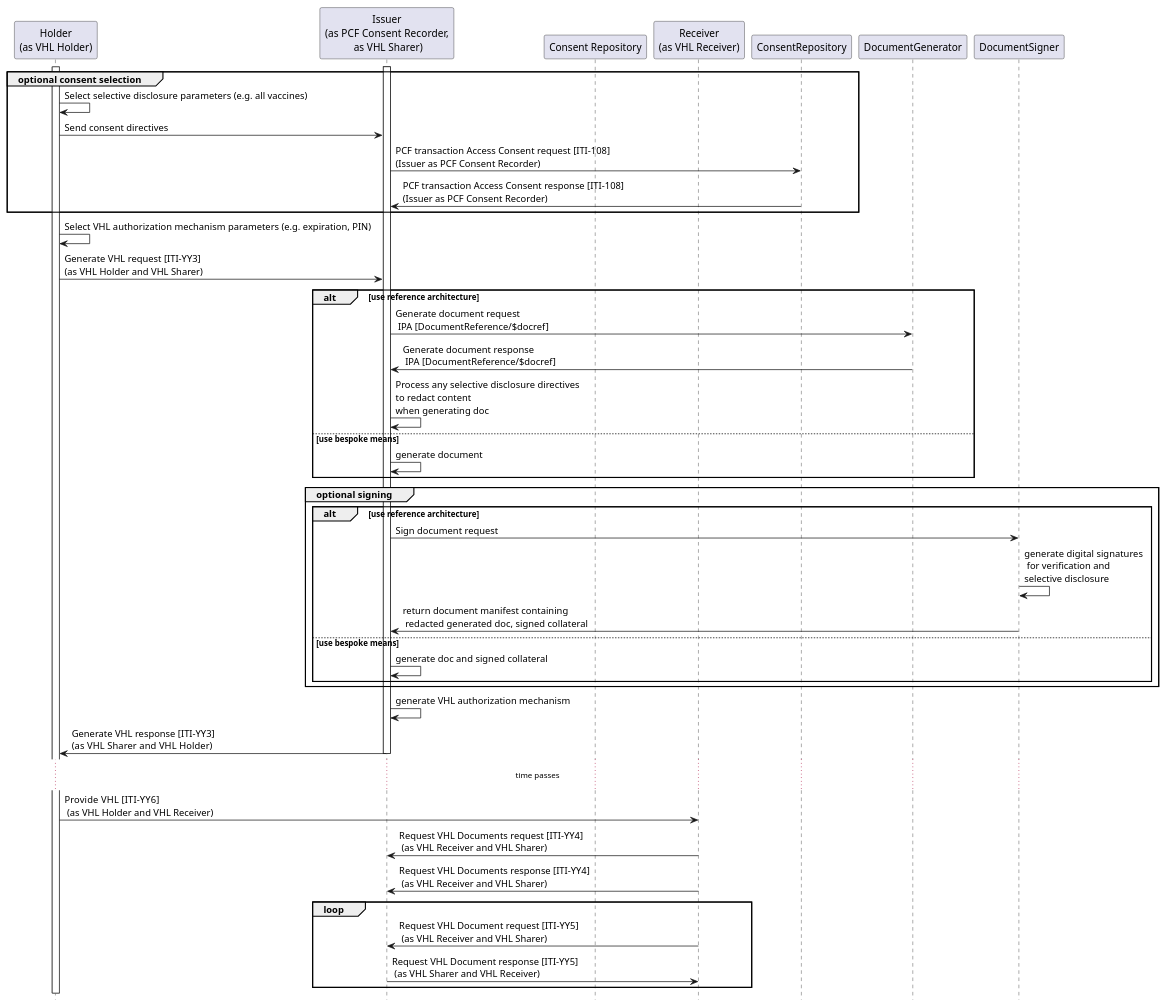
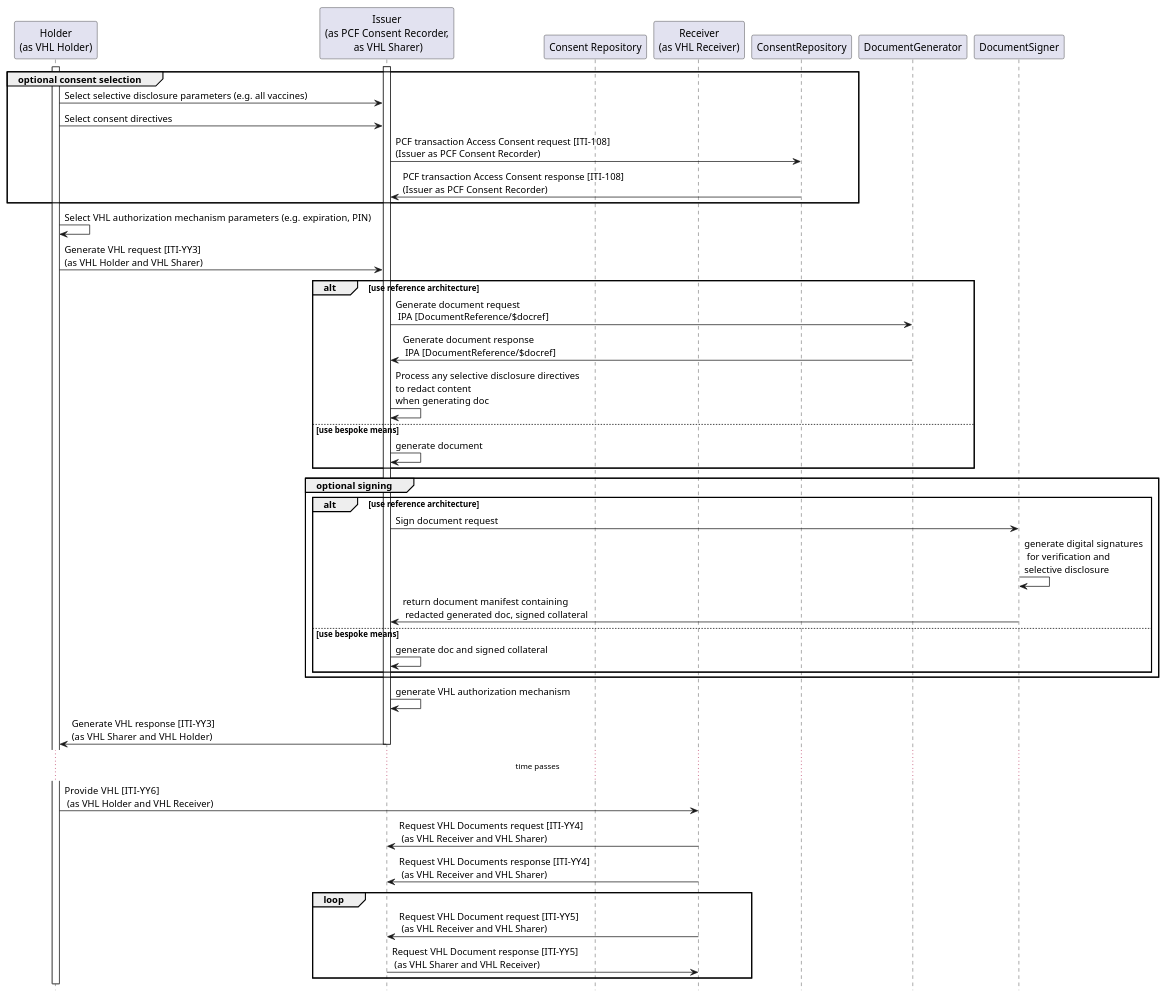
The diagram in input/images-source/generate-use-vhl-with-consent-and-selective-disclosure.plantuml (litlfred/smart-trust-phw), drawn with PlantUML before and after one commit. The commit also changed 11 other files, not shown here.

```diff
--- a/input/images-source/generate-use-vhl-with-consent-and-selective-disclosure.plantuml
+++ b/input/images-source/generate-use-vhl-with-consent-and-selective-disclosure.plantuml
@@ -1,55 +1,55 @@
 @startuml
 skinparam svgDimensionStyle false
 hide footbox
 participant "Holder\n(as VHL Holder)" as Holder
 participant "Issuer\n(as PCF Consent Recorder,\n as VHL Sharer)" as Issuer
 participant "Consent Repository" as PCFConsentRepository
 participant "Receiver\n(as VHL Receiver)" as Receiver
 
 activate Holder
 activate Issuer
 
 
 group optional consent selection
-  Holder -> Holder : Select selective disclosure parameters (e.g. all vaccines)
-  Holder -> Issuer : Send consent directives			
+  Holder -> Issuer : Select selective disclosure parameters (e.g. all vaccines)
+  Holder -> Issuer : Select consent directives			
   Issuer -> ConsentRepository: PCF transaction Access Consent request [ITI-108]\n(Issuer as PCF Consent Recorder)
   ConsentRepository -> Issuer: PCF transaction Access Consent response [ITI-108]\n(Issuer as PCF Consent Recorder)			
 end group
 
 Holder -> Holder : Select VHL authorization mechanism parameters (e.g. expiration, PIN)
 Holder -> Issuer : Generate VHL request [ITI-YY3] \n(as VHL Holder and VHL Sharer)				
 alt use reference architecture
   Issuer -> DocumentGenerator: Generate document request\n IPA [DocumentReference/$docref]
   DocumentGenerator -> Issuer: Generate document response\n IPA [DocumentReference/$docref]
 Issuer -> Issuer: Process any selective disclosure directives\nto redact content\nwhen generating doc
 
 else use bespoke means
   Issuer -> Issuer : generate document
 end
 
 group optional signing
   alt use reference architecture			
     Issuer -> DocumentSigner: Sign document request
     DocumentSigner -> DocumentSigner: generate digital signatures\n for verification and\nselective disclosure
     DocumentSigner -> Issuer: return document manifest containing\n redacted generated doc, signed collateral
   else use bespoke means
     Issuer -> Issuer: generate doc and signed collateral
   end					
 end 
 					
 Issuer -> Issuer : generate VHL authorization mechanism		
 		
 Issuer -> Holder : Generate VHL response [ITI-YY3] \n(as  VHL Sharer and VHL Holder)
 deactivate Issuer
 ... time passes ...				
 
 Holder -> Receiver : Provide VHL  [ITI-YY6]\n (as VHL Holder and VHL Receiver)
 Receiver -> Issuer : Request VHL Documents request [ITI-YY4]\n (as VHL Receiver and VHL Sharer)
 Receiver -> Issuer : Request VHL Documents response [ITI-YY4]\n (as VHL Receiver and VHL Sharer)
 loop
  Receiver -> Issuer : Request VHL Document request [ITI-YY5]\n (as VHL Receiver and VHL Sharer)
  Issuer -> Receiver : Request VHL Document response [ITI-YY5]\n (as VHL Sharer and VHL Receiver)
 end loop
 
 @enduml
```
